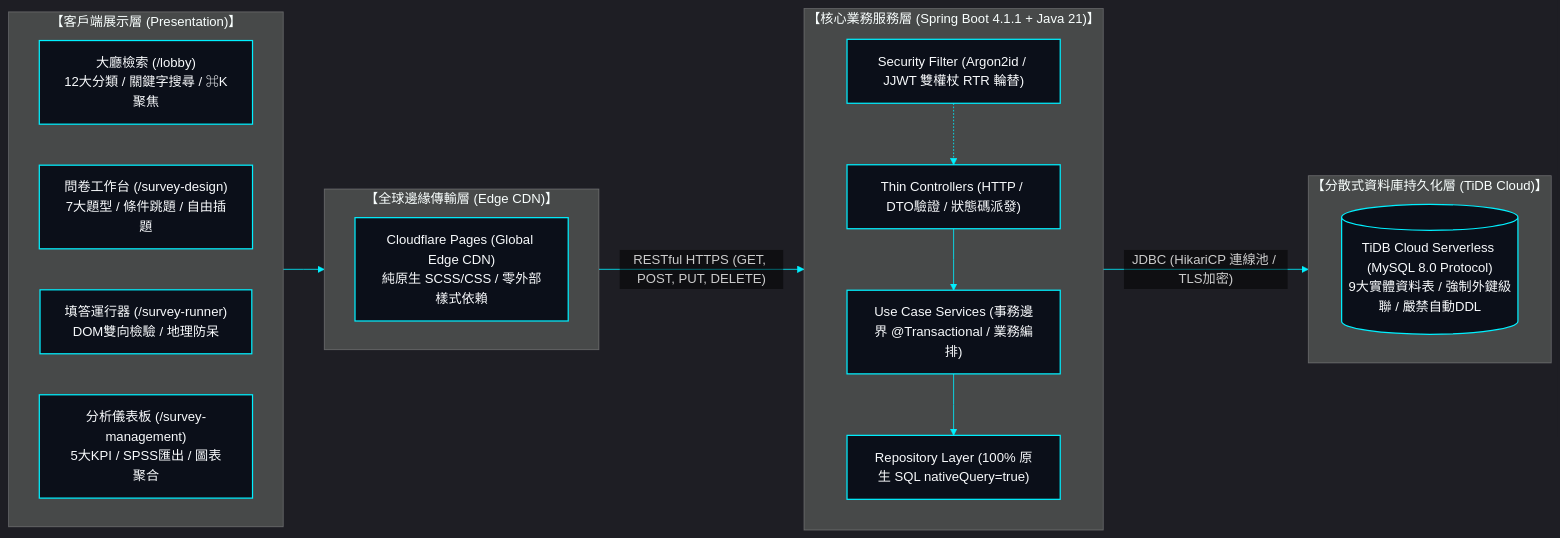
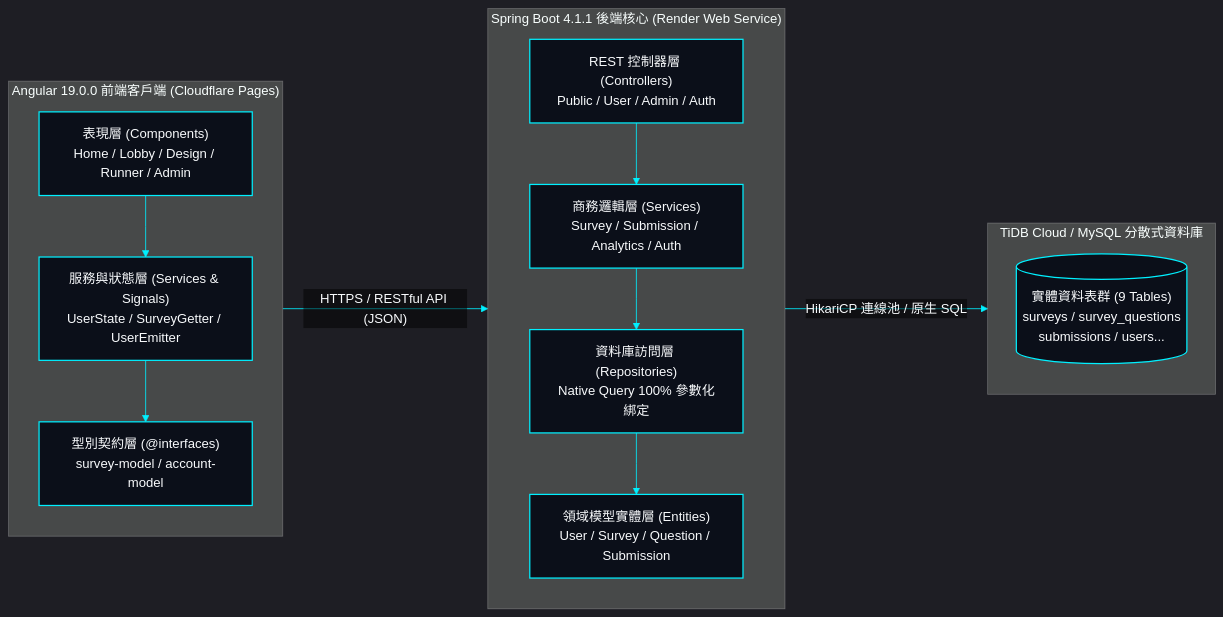
One commit to EricXJason/survey-flow changed the first of 2 diagrams in README.md. Above: the diagram before and after it, drawn with Mermaid. The commit also changed other lines of this file and 3 other files, not shown here.

Commit message:
chore(release): clarify brevo mail, remove redundant env vars and enforce balanced architecture diagram

````diff
--- a/README.md
+++ b/README.md
@@ -39,53 +39,45 @@
 ```mermaid
 %%{init: {
   'theme': 'dark',
   'themeVariables': {
     'darkMode': true,
     'background': '#030712',
     'primaryColor': '#0b0f19',
     'primaryTextColor': '#f8fafc',
     'primaryBorderColor': '#00f0ff',
     'lineColor': '#00f0ff',
+    'textColor': '#f8fafc',
     'edgeLabelBackground': 'transparent',
     'tertiaryColor': '#0b0f19'
   },
   'themeCSS': '.edgeLabel, .edgeLabel rect, .edgeLabel span, .labelBkg { background: transparent !important; background-color: transparent !important; fill: transparent !important; border: none !important; } .edgeLabel, .edgeLabel span { color: #ffffff !important; fill: #ffffff !important; font-weight: 500 !important; } rect, .node rect, rect.actor { rx: 0px !important; ry: 0px !important; }',
   'flowchart': { 'curve': 'linear' }
 }}%%
 flowchart LR
     classDef hudCard fill:#0b0f19,stroke:#00f0ff,stroke-width:1.5px,color:#f8fafc,rx:0px,ry:0px;
 
-    subgraph CLIENT["【客戶端展示層 (Presentation)】"]
-        direction LR
-        FE_LOBBY["大廳檢索 (/lobby)<br/>12大分類 / 關鍵字搜尋 / ⌘K聚焦"]:::hudCard
-        FE_DESIGN["問卷工作台 (/survey-design)<br/>7大題型 / 條件跳題 / 自由插題"]:::hudCard
-        FE_RUNNER["填答運行器 (/survey-runner)<br/>DOM雙向檢驗 / 地理防呆"]:::hudCard
-        FE_DASH["分析儀表板 (/survey-management)<br/>5大KPI / SPSS匯出 / 圖表聚合"]:::hudCard
+    subgraph FE ["Angular 19.0.0 前端客戶端 (Cloudflare Pages)"]
+        direction TB
+        FE_UI["表現層 (Components)<br/>Home / Lobby / Design / Runner / Admin"]:::hudCard
+        FE_STATE["服務與狀態層 (Services & Signals)<br/>UserState / SurveyGetter / UserEmitter"]:::hudCard
+        FE_MODEL["型別契約層 (@interfaces)<br/>survey-model / account-model"]:::hudCard
+        FE_UI --> FE_STATE --> FE_MODEL
     end
 
-    subgraph GATEWAY["【全球邊緣傳輸層 (Edge CDN)】"]
-        direction LR
-        CF_PAGES["Cloudflare Pages (Global Edge CDN)<br/>純原生 SCSS/CSS / 零外部樣式依賴"]:::hudCard
+    subgraph BE ["Spring Boot 4.1.1 後端核心 (Render Web Service)"]
+        direction TB
+        BE_CTRL["REST 控制器層 (Controllers)<br/>Public / User / Admin / Auth"]:::hudCard
+        BE_SERV["商務邏輯層 (Services)<br/>Survey / Submission / Analytics / Auth"]:::hudCard
+        BE_REPO["資料庫訪問層 (Repositories)<br/>Native Query 100% 參數化綁定"]:::hudCard
+        BE_ENTITY["領域模型實體層 (Entities)<br/>User / Survey / Question / Submission"]:::hudCard
+        BE_CTRL --> BE_SERV --> BE_REPO --> BE_ENTITY
     end
 
-    subgraph BACKEND["【核心業務服務層 (Spring Boot 4.1.1 + Java 21)】"]
+    subgraph DB ["TiDB Cloud / MySQL 分散式資料庫"]
         direction TB
-        CTRL["Thin Controllers (HTTP / DTO驗證 / 狀態碼派發)"]:::hudCard
-        SERV["Use Case Services (事務邊界 @Transactional / 業務編排)"]:::hudCard
-        REPO["Repository Layer (100% 原生 SQL nativeQuery=true)"]:::hudCard
-        SECURITY["Security Filter (Argon2id / JJWT 雙權杖 RTR 輪替)"]:::hudCard
-
-        CTRL --> SERV
-        SERV --> REPO
-        SECURITY -.-> CTRL
+        DB_TABLES[("實體資料表群 (9 Tables)<br/>surveys / survey_questions<br/>submissions / users...")]:::hudCard
     end
 
-    subgraph STORAGE["【分散式資料庫持久化層 (TiDB Cloud)】"]
-        direction LR
-        TIDB[("TiDB Cloud Serverless (MySQL 8.0 Protocol)<br/>9大實體資料表 / 強制外鍵級聯 / 嚴禁自動DDL")]:::hudCard
-    end
-
-    CLIENT --> CF_PAGES
-    CF_PAGES -->|"RESTful HTTPS (GET, POST, PUT, DELETE)"| BACKEND
-    REPO -->|"JDBC (HikariCP 連線池 / TLS加密)"| STORAGE
+    FE -->|"HTTPS / RESTful API (JSON)"| BE
+    BE -->|"HikariCP 連線池 / 原生 SQL"| DB
 ```
````
